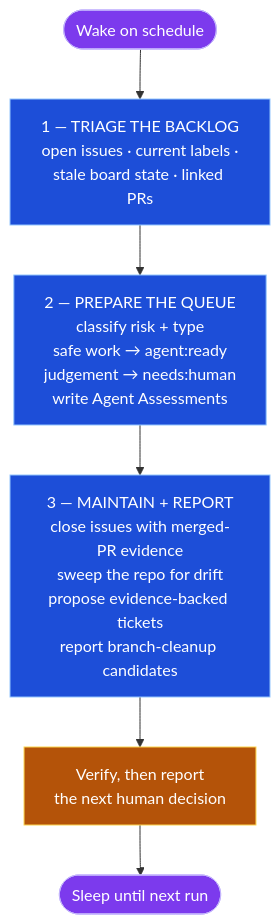
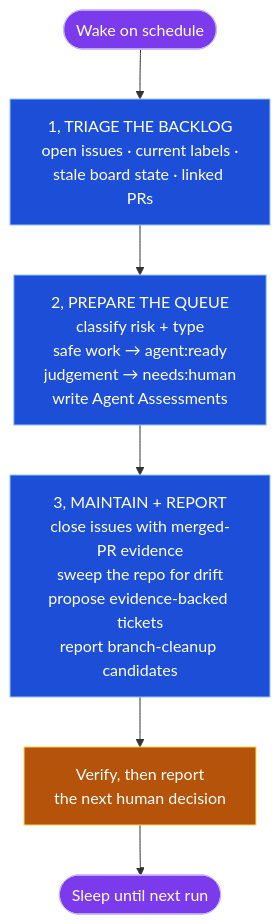
Before and after one commit to owainlewis/youtube-tutorials: the sixth of 8 diagrams in tutorials/loop-engineering/README.md, drawn with Mermaid. The commit also changed other lines of this file, not shown here.

````diff
--- a/tutorials/loop-engineering/README.md
+++ b/tutorials/loop-engineering/README.md
@@ -285,15 +293,15 @@
 ```mermaid
 graph TB
-    W([Wake on schedule]) --> P1["1 — TRIAGE THE BACKLOG<br/>open issues · current labels ·<br/>stale board state · linked PRs"]
-    P1 --> P2["2 — PREPARE THE QUEUE<br/>classify risk + type<br/>safe work → agent:ready<br/>judgement → needs:human<br/>write Agent Assessments"]
-    P2 --> P3["3 — MAINTAIN + REPORT<br/>close issues with merged-PR evidence<br/>sweep the repo for drift<br/>propose evidence-backed tickets<br/>report branch-cleanup candidates"]
+    W([Wake on schedule]) --> P1["1, TRIAGE THE BACKLOG<br/>open issues · current labels ·<br/>stale board state · linked PRs"]
+    P1 --> P2["2, PREPARE THE QUEUE<br/>classify risk + type<br/>safe work → agent:ready<br/>judgement → needs:human<br/>write Agent Assessments"]
+    P2 --> P3["3, MAINTAIN + REPORT<br/>close issues with merged-PR evidence<br/>sweep the repo for drift<br/>propose evidence-backed tickets<br/>report branch-cleanup candidates"]
     P3 --> R[Verify, then report<br/>the next human decision]
     R --> S([Sleep until next run])
 
     classDef trigger fill:#7c3aed,stroke:#c4b5fd,color:#ffffff
     classDef phase fill:#1d4ed8,stroke:#93c5fd,color:#ffffff
     classDef report fill:#b45309,stroke:#fcd34d,color:#ffffff
     class W,S trigger
     class P1,P2,P3 phase
     class R report
 ```
````
